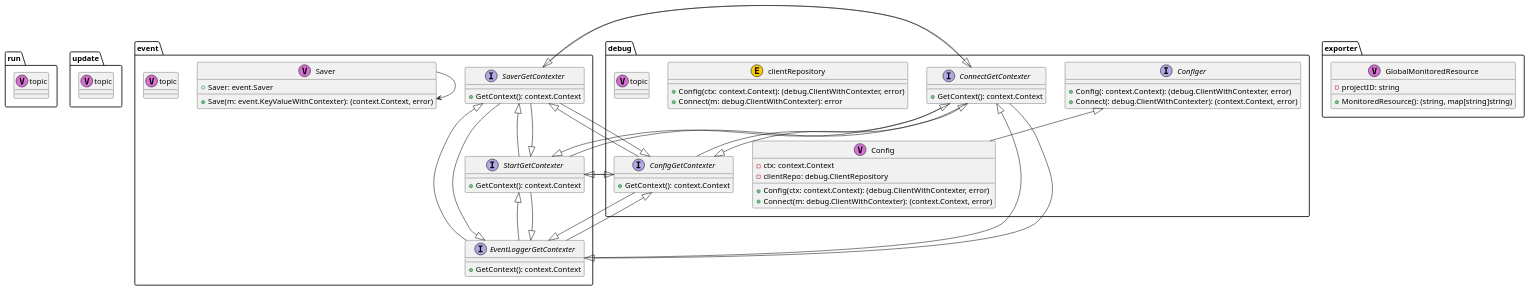
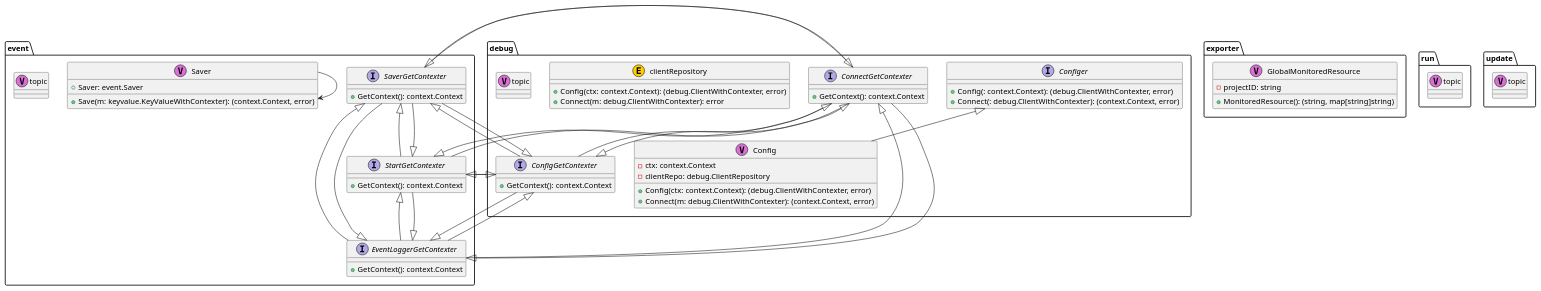
The diagram in application/application.puml (michilu/boilerplate), drawn with PlantUML before and after one commit. The commit also changed 17 other files, not shown here.

```diff
--- a/application/application.puml
+++ b/application/application.puml
@@ -1,138 +1,138 @@
 @startuml
-
-package "run" {
-	class "topic" as run.topic <<V,Orchid>>
-}
-
-
-
-package "update" {
-	class "topic" as update.topic <<V,Orchid>>
-}
-
-
 
 package "debug" {
 	class "Config" as debug.Config <<V,Orchid>> {
 		-ctx: context.Context
 		-clientRepo: debug.ClientRepository
 		+Config(ctx: context.Context): (debug.ClientWithContexter, error)
 		+Connect(m: debug.ClientWithContexter): (context.Context, error)
 	}
 }
 
 
 
 package "debug" {
 	interface "ConfigGetContexter" as debug.ConfigGetContexter {
 		+GetContext(): context.Context
 	}
 }
 
 
 
 package "debug" {
 	interface "Configer" as debug.Configer {
 		+Config(: context.Context): (debug.ClientWithContexter, error)
 		+Connect(: debug.ClientWithContexter): (context.Context, error)
 	}
 }
 
 
 
 package "debug" {
 	interface "ConnectGetContexter" as debug.ConnectGetContexter {
 		+GetContext(): context.Context
 	}
 }
 
 
 
 package "debug" {
 	class "clientRepository" as debug.clientRepository <<E,#FFCC00>> {
 		+Config(ctx: context.Context): (debug.ClientWithContexter, error)
 		+Connect(m: debug.ClientWithContexter): error
 	}
 }
 
 
 
 package "debug" {
 	class "topic" as debug.topic <<V,Orchid>>
 }
 
 
 
 package "event" {
 	interface "EventLoggerGetContexter" as event.EventLoggerGetContexter {
 		+GetContext(): context.Context
 	}
 }
 
 
 
 package "event" {
 	class "Saver" as event.Saver <<V,Orchid>> {
 		+Saver: event.Saver
-		+Save(m: event.KeyValueWithContexter): (context.Context, error)
+		+Save(m: keyvalue.KeyValueWithContexter): (context.Context, error)
 	}
 }
 
 	event.Saver --> event.Saver
 
 
 package "event" {
 	interface "SaverGetContexter" as event.SaverGetContexter {
 		+GetContext(): context.Context
 	}
 }
 
 
 
 package "event" {
 	interface "StartGetContexter" as event.StartGetContexter {
 		+GetContext(): context.Context
 	}
 }
 
 
 
 package "event" {
 	class "topic" as event.topic <<V,Orchid>>
 }
 
 
 
 package "exporter" {
 	class "GlobalMonitoredResource" as exporter.GlobalMonitoredResource <<V,Orchid>> {
 		-projectID: string
 		+MonitoredResource(): (string, map[string]string)
 	}
 }
 
 
 
+package "run" {
+	class "topic" as run.topic <<V,Orchid>>
+}
+
+
+
+package "update" {
+	class "topic" as update.topic <<V,Orchid>>
+}
+
+
+
 	debug.Config -up-|> debug.Configer
 	debug.ConfigGetContexter -up-|> debug.ConnectGetContexter
 	debug.ConfigGetContexter -up-|> event.EventLoggerGetContexter
 	debug.ConfigGetContexter -up-|> event.SaverGetContexter
 	debug.ConfigGetContexter -up-|> event.StartGetContexter
 	debug.ConnectGetContexter -up-|> debug.ConfigGetContexter
 	debug.ConnectGetContexter -up-|> event.EventLoggerGetContexter
 	debug.ConnectGetContexter -up-|> event.SaverGetContexter
 	debug.ConnectGetContexter -up-|> event.StartGetContexter
 	event.EventLoggerGetContexter -up-|> debug.ConfigGetContexter
 	event.EventLoggerGetContexter -up-|> debug.ConnectGetContexter
 	event.EventLoggerGetContexter -up-|> event.SaverGetContexter
 	event.EventLoggerGetContexter -up-|> event.StartGetContexter
 	event.SaverGetContexter -up-|> debug.ConfigGetContexter
 	event.SaverGetContexter -up-|> debug.ConnectGetContexter
 	event.SaverGetContexter -up-|> event.EventLoggerGetContexter
 	event.SaverGetContexter -up-|> event.StartGetContexter
 	event.StartGetContexter -up-|> debug.ConfigGetContexter
 	event.StartGetContexter -up-|> debug.ConnectGetContexter
 	event.StartGetContexter -up-|> event.EventLoggerGetContexter
 	event.StartGetContexter -up-|> event.SaverGetContexter
 
 
 @enduml
```
